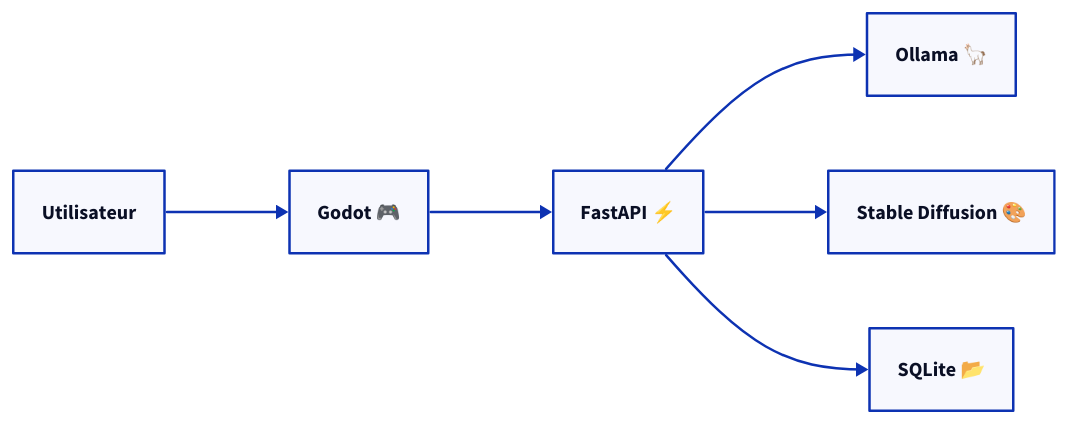
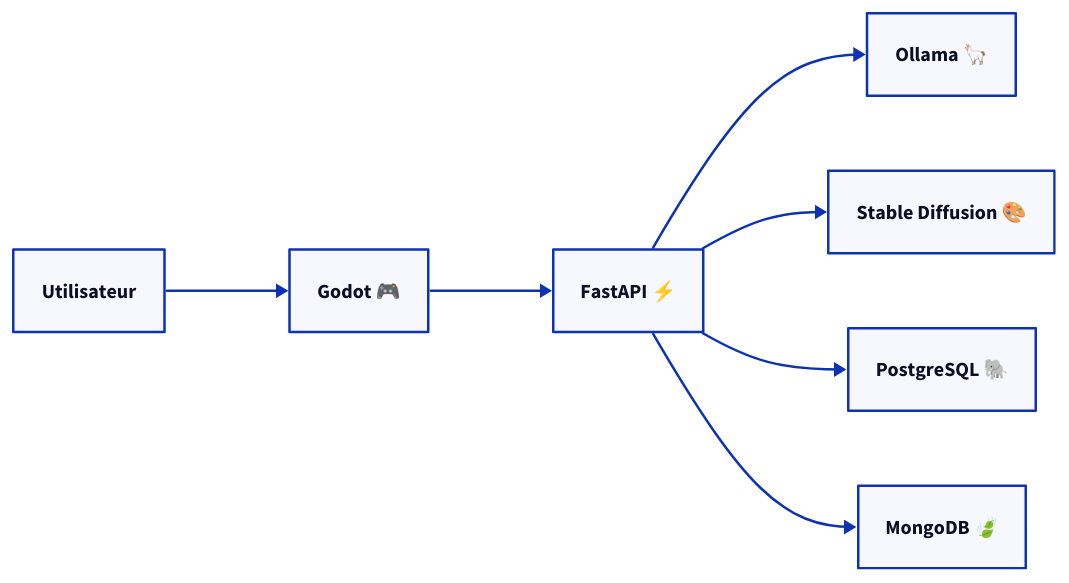
One commit to EZPK/GodotAI changed the diagram in docs/diagrams/architecture.d2. Above: the diagram before and after it, drawn with D2. The commit also changed 23 other files, not shown here.

```diff
--- a/docs/diagrams/architecture.d2
+++ b/docs/diagrams/architecture.d2
@@ -1,13 +1,15 @@
 direction: right
 U: "Utilisateur"
 G: "Godot 🎮"
 A: "FastAPI ⚡"
 O: "Ollama 🦙"
 SD: "Stable Diffusion 🎨"
-DB: "SQLite 📂"
+PG: "PostgreSQL 🐘"
+MG: "MongoDB 🍃"
 
 U -> G
 G -> A
 A -> O
 A -> SD
-A -> DB
+A -> PG
+A -> MG
```
